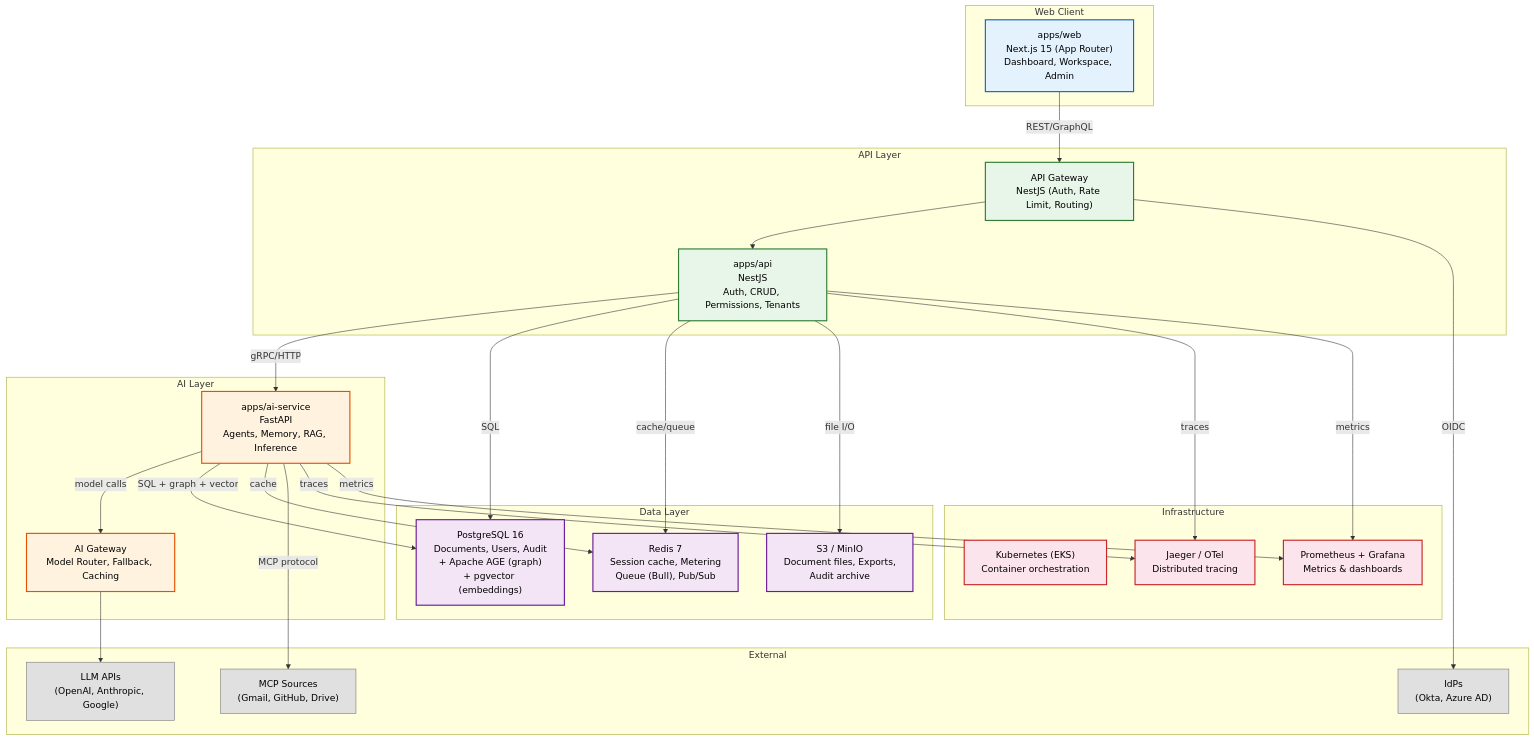
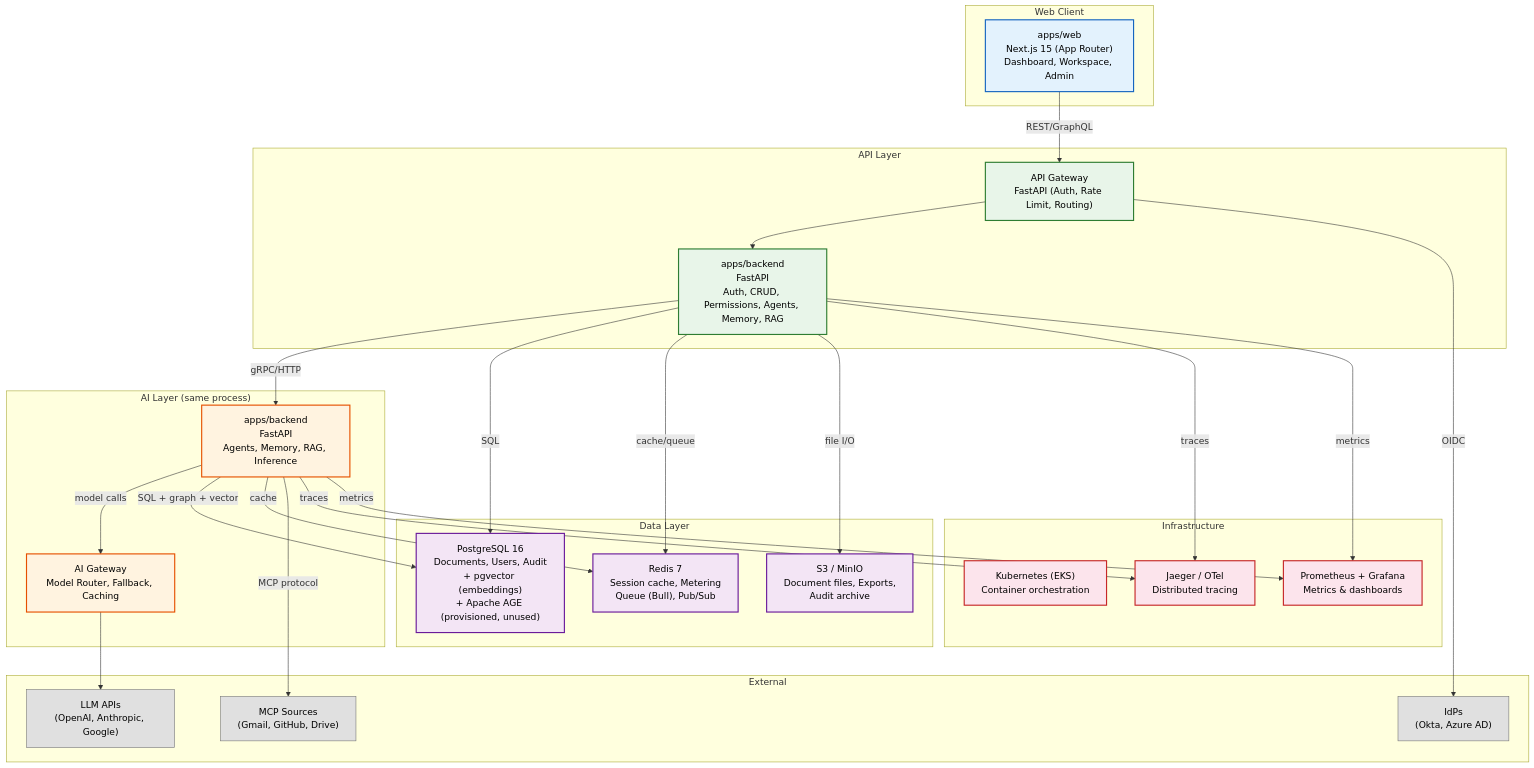
The second of 5 diagrams in docs/architecture/C4-Architecture.md (Driftloom/Vaeloom), drawn with Mermaid before and after one commit. The commit also changed other lines of this file and 159 other files, not shown here.

````diff
--- a/docs/architecture/C4-Architecture.md
+++ b/docs/architecture/C4-Architecture.md
@@ -96,54 +114,54 @@
 ```mermaid
 graph TB
     classDef frontend fill:#e3f2fd,stroke:#1565c0,color:#000,stroke-width:2px
     classDef api fill:#e8f5e9,stroke:#2e7d32,color:#000,stroke-width:2px
     classDef ai fill:#fff3e0,stroke:#e65100,color:#000,stroke-width:2px
     classDef data fill:#f3e5f5,stroke:#6a1b9a,color:#000,stroke-width:2px
     classDef infra fill:#fce4ec,stroke:#c62828,color:#000,stroke-width:2px
     classDef external fill:#e0e0e0,stroke:#757575,color:#000,stroke-width:1px
 
     subgraph Web["Web Client"]
         APP["apps/web<br/>Next.js 15 (App Router)<br/>Dashboard, Workspace, Admin"]:::frontend
     end
 
     subgraph API["API Layer"]
-        GW["API Gateway<br/>NestJS (Auth, Rate Limit, Routing)"]:::api
-        APISRV["apps/api<br/>NestJS<br/>Auth, CRUD, Permissions, Tenants"]:::api
+        GW["API Gateway<br/>FastAPI (Auth, Rate Limit, Routing)"]:::api
+        APISRV["apps/backend<br/>FastAPI<br/>Auth, CRUD, Permissions, Agents, Memory, RAG"]:::api
     end
 
-    subgraph AI["AI Layer"]
-        AISRV["apps/ai-service<br/>FastAPI<br/>Agents, Memory, RAG, Inference"]:::ai
+    subgraph AI["AI Layer (same process)"]
+        AISRV["apps/backend<br/>FastAPI<br/>Agents, Memory, RAG, Inference"]:::ai
         GATEWAY["AI Gateway<br/>Model Router, Fallback, Caching"]:::ai
     end
 
     subgraph Data["Data Layer"]
-        PG["PostgreSQL 16<br/>Documents, Users, Audit<br/>+ Apache AGE (graph)<br/>+ pgvector (embeddings)"]:::data
+        PG["PostgreSQL 16<br/>Documents, Users, Audit<br/>+ pgvector (embeddings)<br/>+ Apache AGE (provisioned, unused)"]:::data
         REDIS["Redis 7<br/>Session cache, Metering<br/>Queue (Bull), Pub/Sub"]:::data
         S3["S3 / MinIO<br/>Document files, Exports,<br/>Audit archive"]:::data
     end
 
     subgraph Infra["Infrastructure"]
         K8S["Kubernetes (EKS)<br/>Container orchestration"]:::infra
         PROM["Prometheus + Grafana<br/>Metrics & dashboards"]:::infra
         JAEGER["Jaeger / OTel<br/>Distributed tracing"]:::infra
     end
 
     subgraph External["External"]
         LLM["LLM APIs<br/>(OpenAI, Anthropic, Google)"]:::external
         IDP["IdPs<br/>(Okta, Azure AD)"]:::external
         MCP_S["MCP Sources<br/>(Gmail, GitHub, Drive)"]:::external
     end
 
     APP -->|"REST/GraphQL"| GW --> APISRV
     APISRV -->|"gRPC/HTTP"| AISRV
     AISRV -->|"model calls"| GATEWAY --> LLM
     APISRV -->|"SQL"| PG
     APISRV -->|"cache/queue"| REDIS
     AISRV -->|"SQL + graph + vector"| PG
     AISRV -->|"cache"| REDIS
     APISRV -->|"file I/O"| S3
     GW -->|"OIDC"| IDP
     AISRV -->|"MCP protocol"| MCP_S
     APISRV & AISRV -->|"traces"| JAEGER
     APISRV & AISRV -->|"metrics"| PROM
 ```
````
